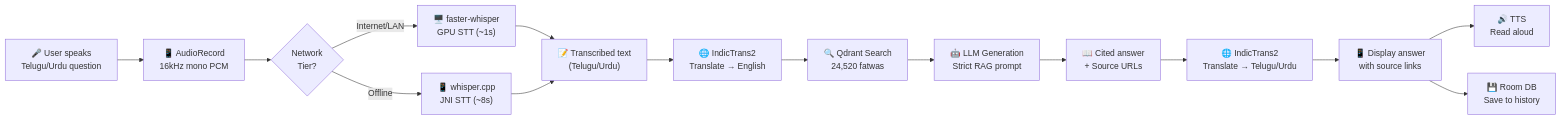
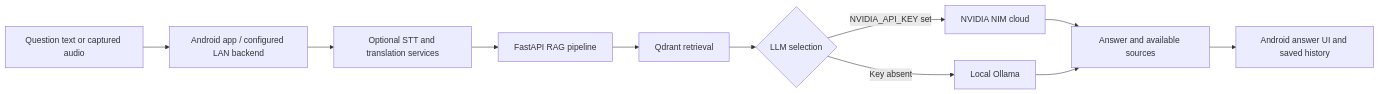
One commit to IslamicITHub/rushdul-ilm changed the fifth of 5 diagrams in docs/ARCHITECTURE.md. Above: the diagram before and after it, drawn with Mermaid. The commit also changed other lines of this file and 22 other files, not shown here.

````diff
--- a/docs/ARCHITECTURE.md
+++ b/docs/ARCHITECTURE.md
@@ -315,20 +302,13 @@
 ```mermaid
 flowchart LR
-    A["🎤 User speaks\nTelugu/Urdu question"] --> B["📱 AudioRecord\n16kHz mono PCM"]
-    B --> C{"Network\nTier?"}
-
-    C -->|"Internet/LAN"| D["🖥️ faster-whisper\nGPU STT (~1s)"]
-    C -->|"Offline"| E["📱 whisper.cpp\nJNI STT (~8s)"]
-
-    D --> F["📝 Transcribed text\n(Telugu/Urdu)"]
-    E --> F
-
-    F --> G["🌐 IndicTrans2\nTranslate → English"]
-    G --> H["🔍 Qdrant Search\n24,520 fatwas"]
-    H --> I["🤖 LLM Generation\nStrict RAG prompt"]
-    I --> J["📖 Cited answer\n+ Source URLs"]
-    J --> K["🌐 IndicTrans2\nTranslate → Telugu/Urdu"]
-    K --> L["📱 Display answer\nwith source links"]
-    L --> M["🔊 TTS\nRead aloud"]
-    L --> N["💾 Room DB\nSave to history"]
+    A["Question text or captured audio"] --> B["Android app / configured LAN backend"]
+    B --> C["Optional STT and translation services"]
+    C --> D["FastAPI RAG pipeline"]
+    D --> E["Qdrant retrieval"]
+    E --> F{"LLM selection"}
+    F -->|"NVIDIA_API_KEY set"| G["NVIDIA NIM cloud"]
+    F -->|"Key absent"| H["Local Ollama"]
+    G --> I["Answer and available sources"]
+    H --> I
+    I --> J["Android answer UI and saved history"]
 ```
````
